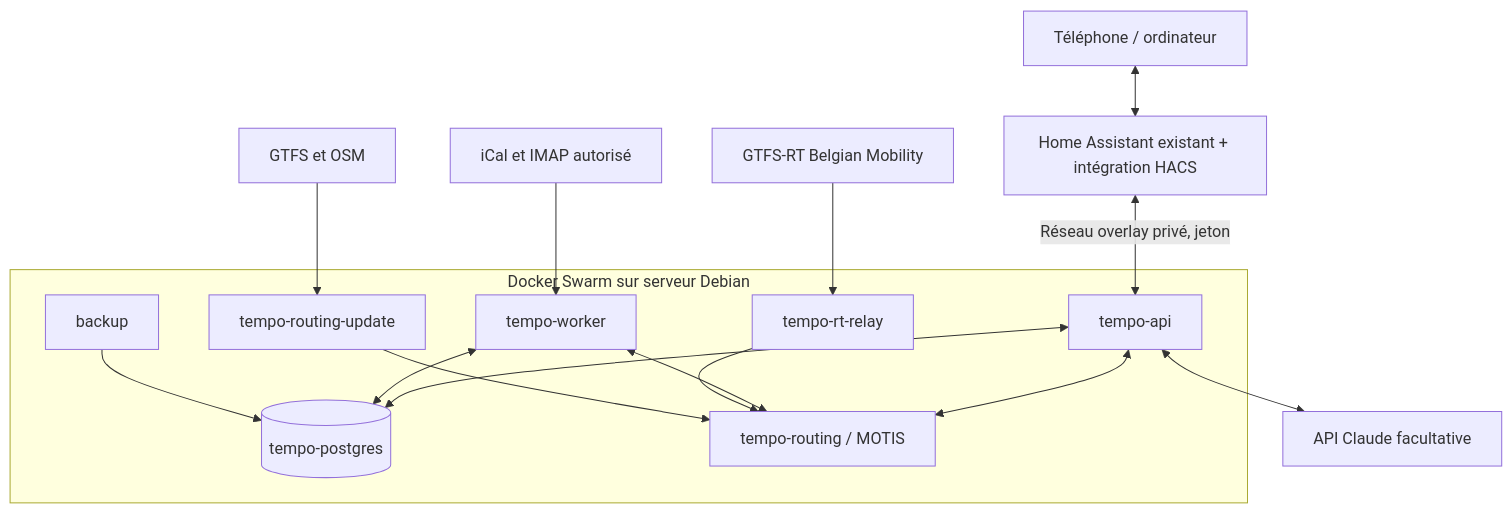
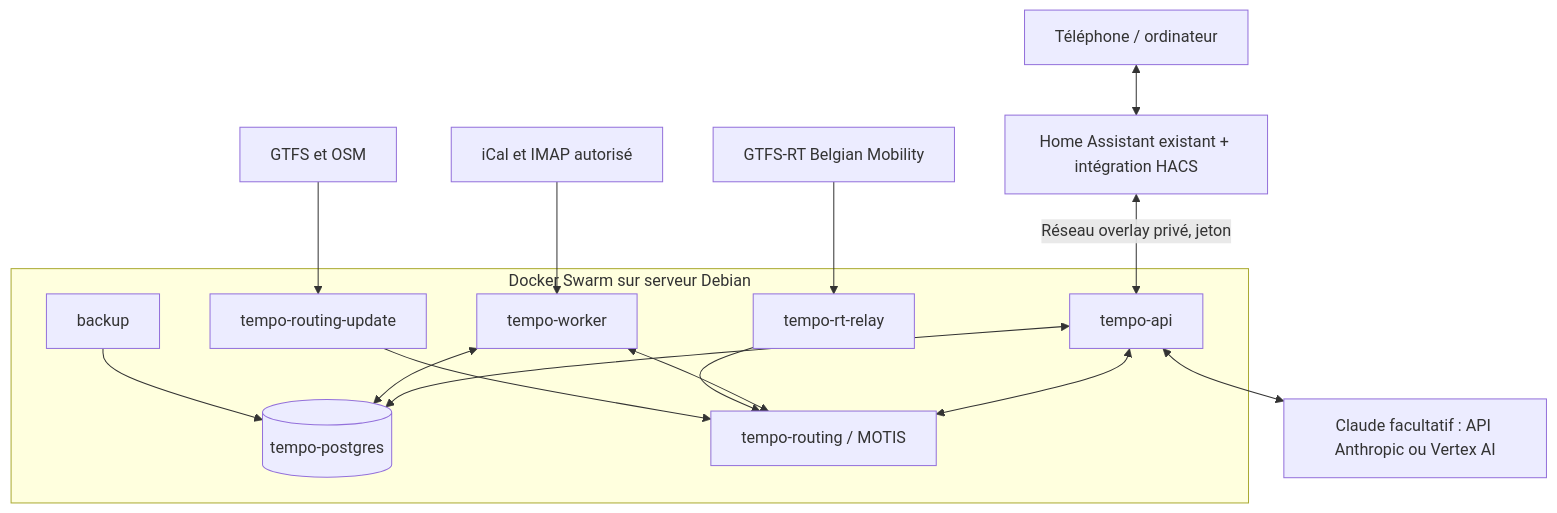
Diagram 13 of 13 in ARCHITECTURE.md (mtx26/Tempo), drawn with Mermaid before and after one commit. The commit also changed other lines of this file and 11 other files, not shown here.

First line of the commit message:
LLM provider choice: Claude API or Claude on Google Cloud Vertex AI; Sonnet 5.5 default

````diff
--- a/ARCHITECTURE.md
+++ b/ARCHITECTURE.md
@@ -694,25 +694,25 @@
 ```mermaid
 flowchart TD
  U[Téléphone / ordinateur] <--> HA[Home Assistant existant + intégration HACS]
  subgraph SW[Docker Swarm sur serveur Debian]
  API[tempo-api]
  W[tempo-worker]
  DB[(tempo-postgres)]
  M[tempo-routing / MOTIS]
  RT[tempo-rt-relay]
  UP[tempo-routing-update]
  BK[backup]
  API <--> DB
  W <--> DB
  API <--> M
  W <--> M
  RT --> M
  UP --> M
  BK --> DB
  end
  HA <-->|Réseau overlay privé, jeton| API
- API <--> L[API Claude facultative]
+ API <--> L[Claude facultatif : API Anthropic ou Vertex AI]
  I[iCal et IMAP autorisé] --> W
  G[GTFS et OSM] --> UP
  R[GTFS-RT Belgian Mobility] --> RT
 ```
````
